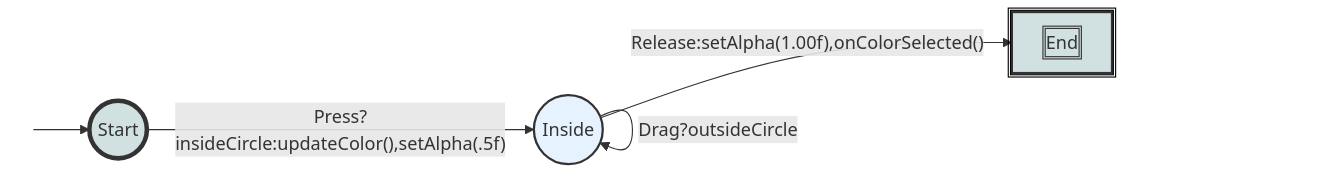
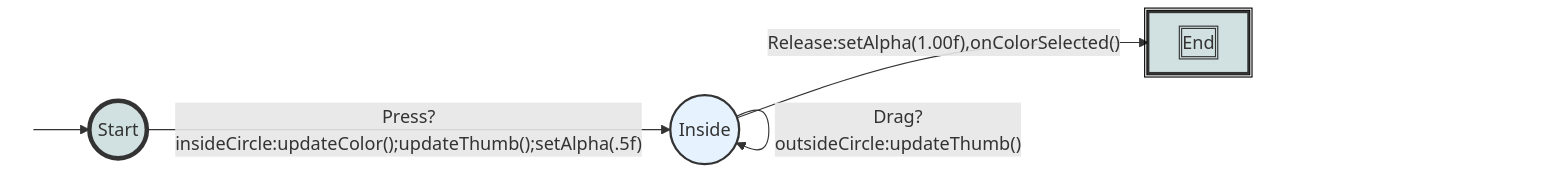
The diagram in assignments/colorpicker.md (jmankoff/interaction), drawn with Mermaid before and after one commit. The commit also changed other lines of this file, not shown here.

```diff
--- a/assignments/colorpicker.md
+++ b/assignments/colorpicker.md
@@ -49,19 +120,19 @@
 <div class="mermaid">
 graph LR
 S((.)) --> A((Start))
-A -- "Press?insideCircle:updateColor(),setAlpha(.5f)" --> I((Inside))
+A -- "Press?insideCircle:updateColor();updateThumb();setAlpha(.5f)" --> I((Inside))
 I -- "Release:setAlpha(1.00f),onColorSelected()" --> E[End]
-I -- "Drag?insideCircle:updateColor()" --> I
-I -- "Drag?outsideCircle" --> I
+I -- "Drag?insideCircle:updateColor();updateThumb()" --> I
+I -- "Drag?outsideCircle:updateThumb()" --> I
 
 classDef finish outline-style:double,fill:#d1e0e0,stroke:#333,stroke-width:2px;
 classDef normal fill:#e6f3ff,stroke:#333,stroke-width:2px;
 classDef start fill:#d1e0e0,stroke:#333,stroke-width:4px;
 classDef invisible fill:#FFFFFF,stroke:#FFFFFF,color:#FFFFFF
 
 class S invisible
 class A start
 class E finish
 class I normal
 
 </div>
```
